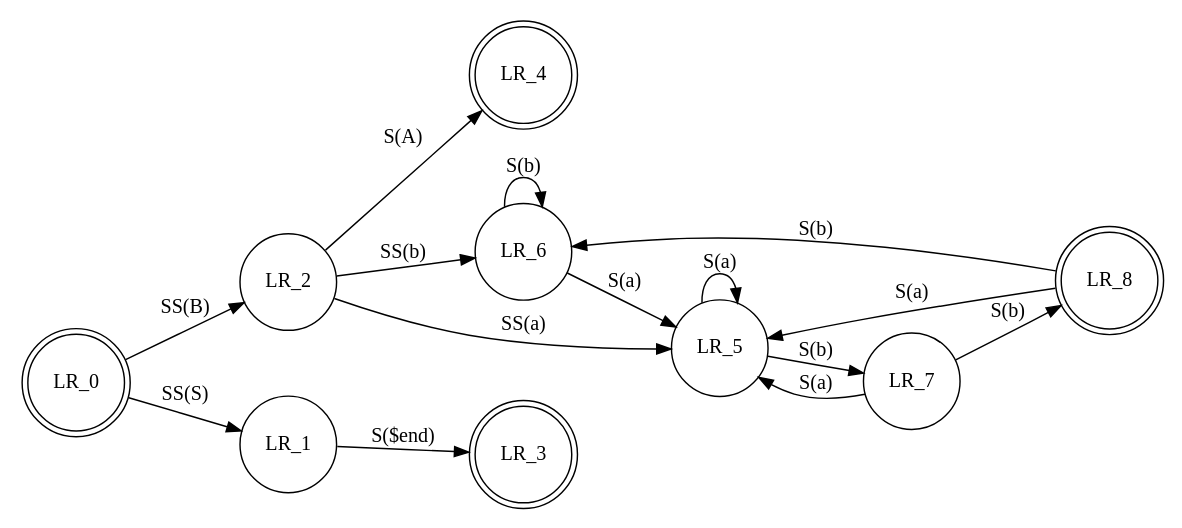
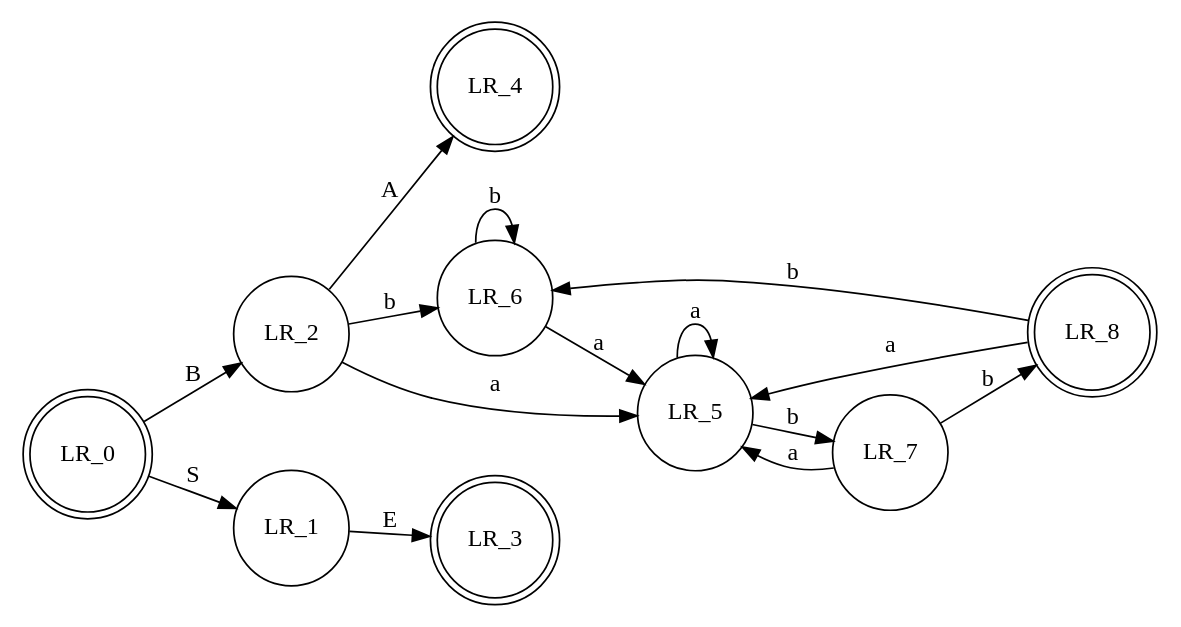
The diagram in dot_dfa_examples/fsm.gv (miguelruimarques93/AutoAnalyze), drawn with Graphviz before and after one commit. The commit also changed 3 other files, not shown here.

```diff
--- a/dot_dfa_examples/fsm.gv
+++ b/dot_dfa_examples/fsm.gv
@@ -1,20 +1,20 @@
 digraph finite_state_machine {
 	rankdir=LR;
 	size="8,5"
 	node [shape = doublecircle]; LR_0 LR_3 LR_4 LR_8;
 	node [shape = circle];
-	LR_0 -> LR_2 [ label = "SS(B)" ];
-	LR_0 -> LR_1 [ label = "SS(S)" ];
-	LR_1 -> LR_3 [ label = "S($end)" ];
-	LR_2 -> LR_6 [ label = "SS(b)" ];
-	LR_2 -> LR_5 [ label = "SS(a)" ];
-	LR_2 -> LR_4 [ label = "S(A)" ];
-	LR_5 -> LR_7 [ label = "S(b)" ];
-	LR_5 -> LR_5 [ label = "S(a)" ];
-	LR_6 -> LR_6 [ label = "S(b)" ];
-	LR_6 -> LR_5 [ label = "S(a)" ];
-	LR_7 -> LR_8 [ label = "S(b)" ];
-	LR_7 -> LR_5 [ label = "S(a)" ];
-	LR_8 -> LR_6 [ label = "S(b)" ];
-	LR_8 -> LR_5 [ label = "S(a)" ];
+	LR_0 -> LR_2 [ label = B ];
+	LR_0 -> LR_1 [ label = S ];
+	LR_1 -> LR_3 [ label = E ];
+	LR_2 -> LR_6 [ label = b ];
+	LR_2 -> LR_5 [ label = a ];
+	LR_2 -> LR_4 [ label = A ];
+	LR_5 -> LR_7 [ label = b ];
+	LR_5 -> LR_5 [ label = a ];
+	LR_6 -> LR_6 [ label = b ];
+	LR_6 -> LR_5 [ label = a ];
+	LR_7 -> LR_8 [ label = b ];
+	LR_7 -> LR_5 [ label = a ];
+	LR_8 -> LR_6 [ label = b ];
+	LR_8 -> LR_5 [ label = a ];
 }
```
